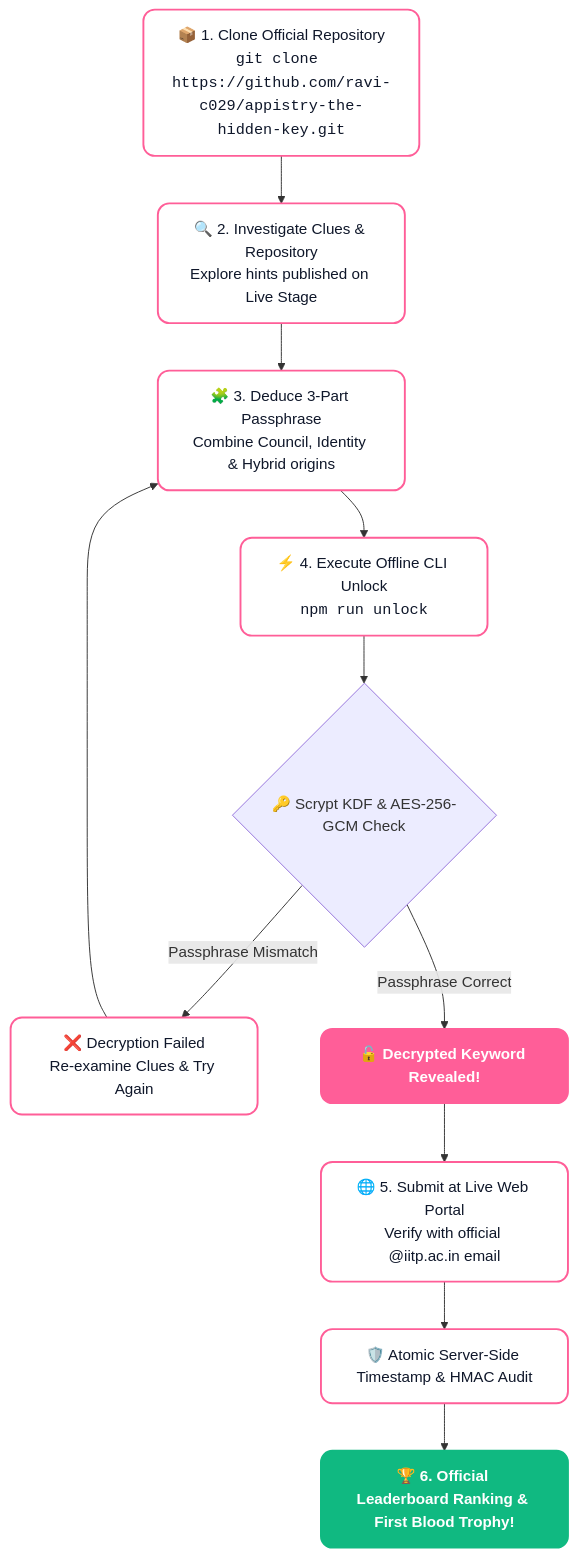
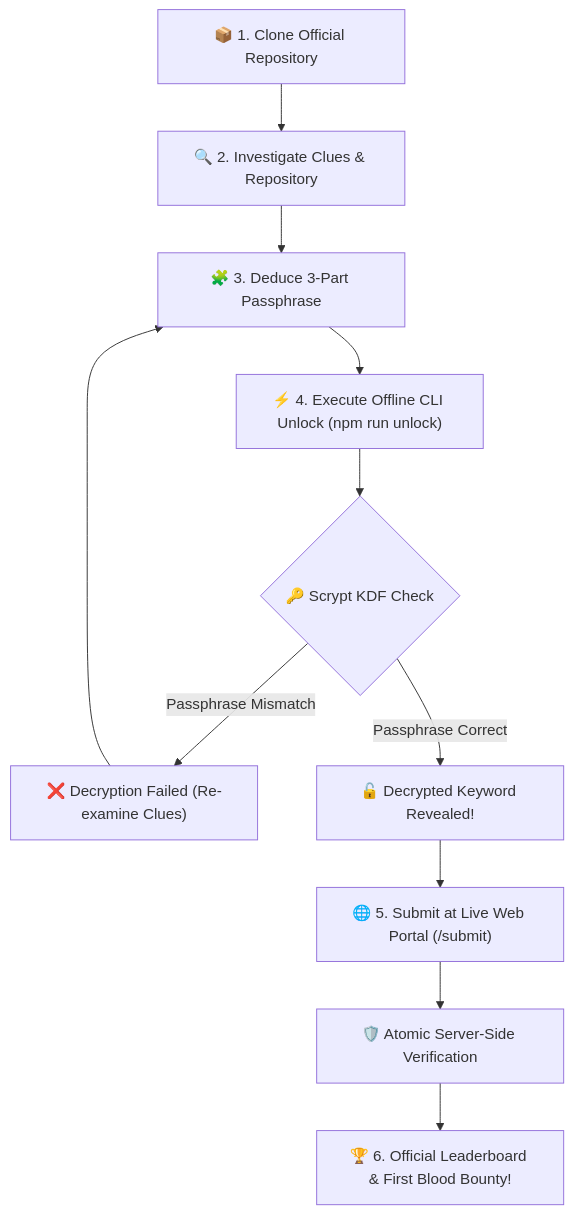
Before and after one commit to ravi-c029/appistry-the-hidden-key: the first of 2 diagrams in README.md, drawn with Mermaid. The commit also changed other lines of this file and 2 other files, not shown here.

Commit message:
docs: fix mermaid sequenceDiagram syntax in readme and add official 4-page participant rulebook pdf

````diff
--- a/README.md
+++ b/README.md
@@ -74,17 +74,13 @@
 ```mermaid
 flowchart TD
-    classDef stepStyle fill:#ffffff,stroke:#ff5e98,stroke-width:2px,color:#0f172a,rx:12px;
-    classDef activeStyle fill:#ff5e98,stroke:#ff5e98,stroke-width:2px,color:#ffffff,rx:12px,font-weight:bold;
-    classDef successStyle fill:#10b981,stroke:#10b981,stroke-width:2px,color:#ffffff,rx:12px,font-weight:bold;
-
-    A["📦 1. Clone Official Repository<br/><code>git clone https://github.com/ravi-c029/appistry-the-hidden-key.git</code>"]:::stepStyle --> B["🔍 2. Investigate Clues & Repository<br/>Explore hints published on Live Stage"]:::stepStyle
-    B --> C["🧩 3. Deduce 3-Part Passphrase<br/>Combine Council, Identity & Hybrid origins"]:::stepStyle
-    C --> D["⚡ 4. Execute Offline CLI Unlock<br/><code>npm run unlock</code>"]:::stepStyle
-    D --> E{"🔑 Scrypt KDF & AES-256-GCM Check"}
-    E -- "Passphrase Mismatch" --> F["❌ Decryption Failed<br/>Re-examine Clues & Try Again"]:::stepStyle
+    A["📦 1. Clone Official Repository"] --> B["🔍 2. Investigate Clues & Repository"]
+    B --> C["🧩 3. Deduce 3-Part Passphrase"]
+    C --> D["⚡ 4. Execute Offline CLI Unlock (npm run unlock)"]
+    D --> E{"🔑 Scrypt KDF Check"}
+    E -->|Passphrase Mismatch| F["❌ Decryption Failed (Re-examine Clues)"]
     F --> C
-    E -- "Passphrase Correct" --> G["🔓 Decrypted Keyword Revealed!"]:::activeStyle
-    G --> H["🌐 5. Submit at Live Web Portal<br/>Verify with official @iitp.ac.in email"]:::stepStyle
-    H --> I["🛡️ Atomic Server-Side Timestamp & HMAC Audit"]:::stepStyle
-    I --> J["🏆 6. Official Leaderboard Ranking & First Blood Trophy!"]:::successStyle
+    E -->|Passphrase Correct| G["🔓 Decrypted Keyword Revealed!"]
+    G --> H["🌐 5. Submit at Live Web Portal (/submit)"]
+    H --> I["🛡️ Atomic Server-Side Verification"]
+    I --> J["🏆 6. Official Leaderboard & First Blood Bounty!"]
 ```
````
